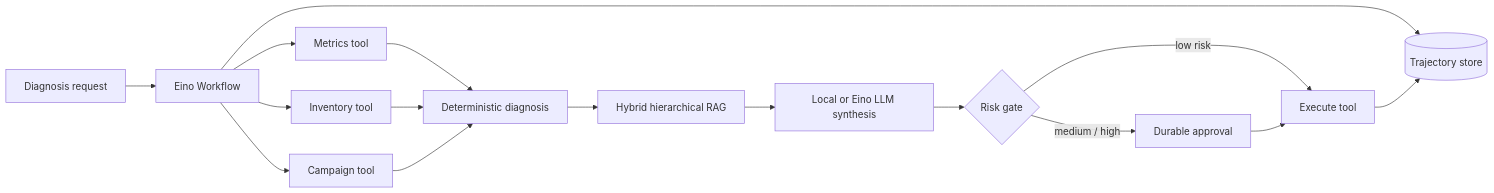
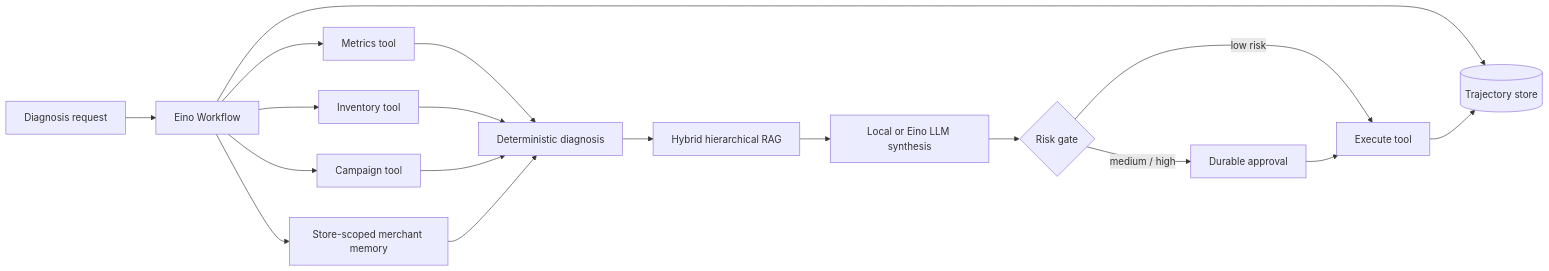
Before and after one commit to inv1sion/EvoOps: the second of 2 diagrams in README.md, drawn with Mermaid. The commit also changed other lines of this file and 19 other files, not shown here.

Commit message:
feat: add merchant memory feedback loop

````diff
--- a/README.md
+++ b/README.md
@@ -56,18 +57,20 @@
 ```mermaid
 flowchart LR
     Q[Diagnosis request] --> W[Eino Workflow]
     W --> M[Metrics tool]
     W --> I[Inventory tool]
     W --> C[Campaign tool]
+    W --> L[Store-scoped merchant memory]
     M --> D[Deterministic diagnosis]
     I --> D
     C --> D
+    L --> D
     D --> R[Hybrid hierarchical RAG]
     R --> S[Local or Eino LLM synthesis]
     S --> G{Risk gate}
     G -->|low risk| X[Execute tool]
     G -->|medium / high| H[Durable approval]
     H --> X
     W --> T[(Trajectory store)]
     X --> T
 ```
````
